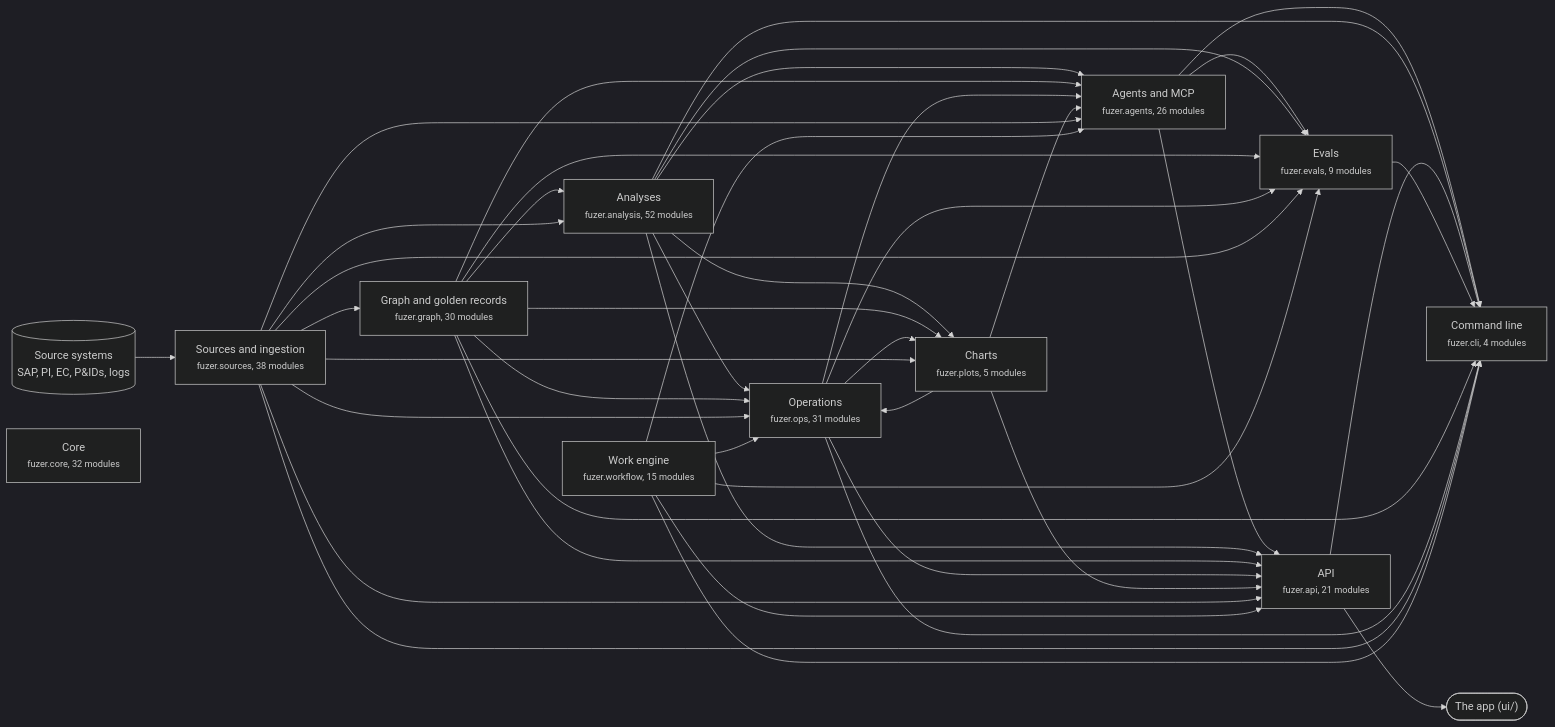
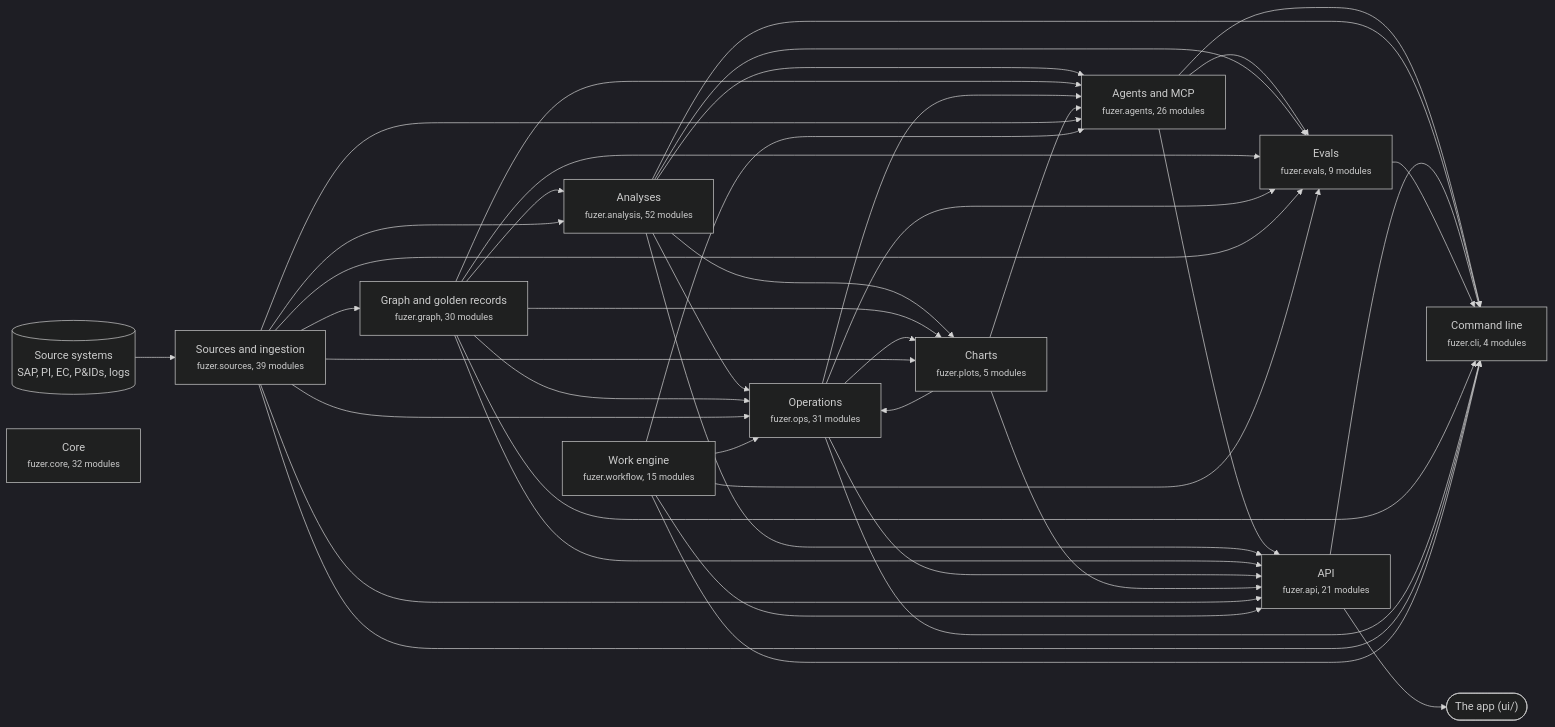
Before and after one commit to areed145/fuzer: the first of 3 diagrams in docs/architecture.md, drawn with Mermaid (dark theme). The commit also changed other lines of this file and 9 other files, not shown here.

````diff
--- a/docs/architecture.md
+++ b/docs/architecture.md
@@ -8,67 +8,67 @@
 ```mermaid
 flowchart LR
   systems[("Source systems<br>SAP, PI, EC, P&IDs, logs")] --> c_sources
   app(["The app (ui/)"])
   c_api --> app
-  c_sources["Sources and ingestion<br><small>fuzer.sources, 38 modules</small>"]
+  c_sources["Sources and ingestion<br><small>fuzer.sources, 39 modules</small>"]
   c_graph["Graph and golden records<br><small>fuzer.graph, 30 modules</small>"]
   c_analysis["Analyses<br><small>fuzer.analysis, 52 modules</small>"]
   c_ops["Operations<br><small>fuzer.ops, 31 modules</small>"]
   c_plots["Charts<br><small>fuzer.plots, 5 modules</small>"]
   c_workflow["Work engine<br><small>fuzer.workflow, 15 modules</small>"]
   c_agents["Agents and MCP<br><small>fuzer.agents, 26 modules</small>"]
   c_evals["Evals<br><small>fuzer.evals, 9 modules</small>"]
   c_api["API<br><small>fuzer.api, 21 modules</small>"]
   c_cli["Command line<br><small>fuzer.cli, 4 modules</small>"]
   c_core["Core<br><small>fuzer.core, 32 modules</small>"]
   c_sources --> c_graph
   c_graph --> c_analysis
   c_sources --> c_analysis
   c_analysis --> c_ops
   c_graph --> c_ops
   c_plots --> c_ops
   c_sources --> c_ops
   c_workflow --> c_ops
   c_analysis --> c_plots
   c_graph --> c_plots
   c_ops --> c_plots
   c_sources --> c_plots
   c_analysis --> c_agents
   c_graph --> c_agents
   c_ops --> c_agents
   c_plots --> c_agents
   c_sources --> c_agents
   c_workflow --> c_agents
   c_agents --> c_evals
   c_analysis --> c_evals
   c_graph --> c_evals
   c_ops --> c_evals
   c_sources --> c_evals
   c_workflow --> c_evals
   c_agents --> c_api
   c_analysis --> c_api
   c_graph --> c_api
   c_ops --> c_api
   c_plots --> c_api
   c_sources --> c_api
   c_workflow --> c_api
   c_agents --> c_cli
   c_analysis --> c_cli
   c_api --> c_cli
   c_evals --> c_cli
   c_graph --> c_cli
   c_ops --> c_cli
   c_sources --> c_cli
   c_workflow --> c_cli
   click c_sources "https://github.com/areed145/fuzer/tree/main/src/fuzer/sources"
   click c_graph "https://github.com/areed145/fuzer/tree/main/src/fuzer/graph"
   click c_analysis "https://github.com/areed145/fuzer/tree/main/src/fuzer/analysis"
   click c_ops "https://github.com/areed145/fuzer/tree/main/src/fuzer/ops"
   click c_plots "https://github.com/areed145/fuzer/tree/main/src/fuzer/plots"
   click c_workflow "https://github.com/areed145/fuzer/tree/main/src/fuzer/workflow"
   click c_agents "https://github.com/areed145/fuzer/tree/main/src/fuzer/agents"
   click c_evals "https://github.com/areed145/fuzer/tree/main/src/fuzer/evals"
   click c_api "https://github.com/areed145/fuzer/tree/main/src/fuzer/api"
   click c_cli "https://github.com/areed145/fuzer/tree/main/src/fuzer/cli"
   click c_core "https://github.com/areed145/fuzer/tree/main/src/fuzer/core"
 ```
````
